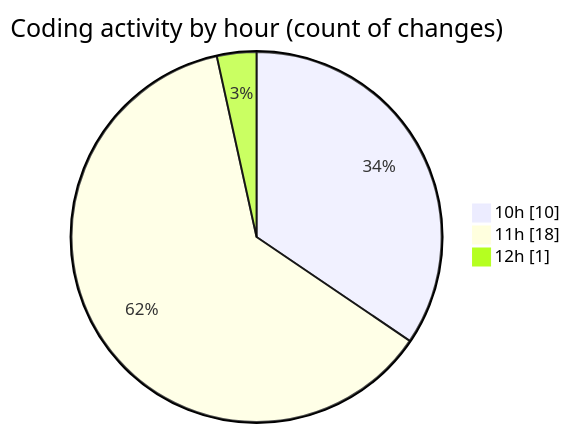
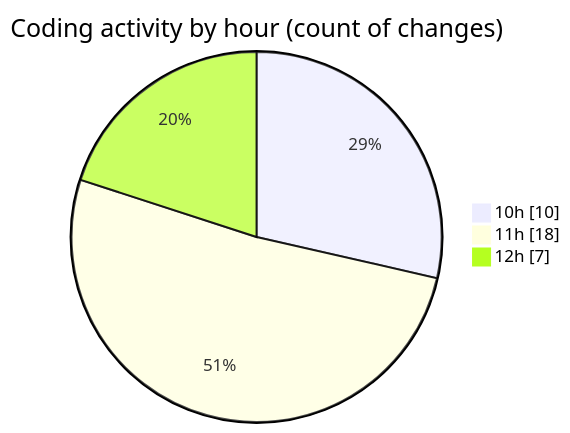
One commit to momahboobian/code-tracking changed the second of 2 diagrams in 2025-07-14/cda/README.md. Above: the diagram before and after it, drawn with Mermaid. The commit also changed other lines of this file and 1 other file, not shown here.

````diff
--- a/2025-07-14/cda/README.md
+++ b/2025-07-14/cda/README.md
@@ -34,7 +34,7 @@
 ```mermaid
 pie showData
 title Coding activity by hour (count of changes)
 "10h" : 10
 "11h" : 18
-"12h" : 1
+"12h" : 7
 ```
````
